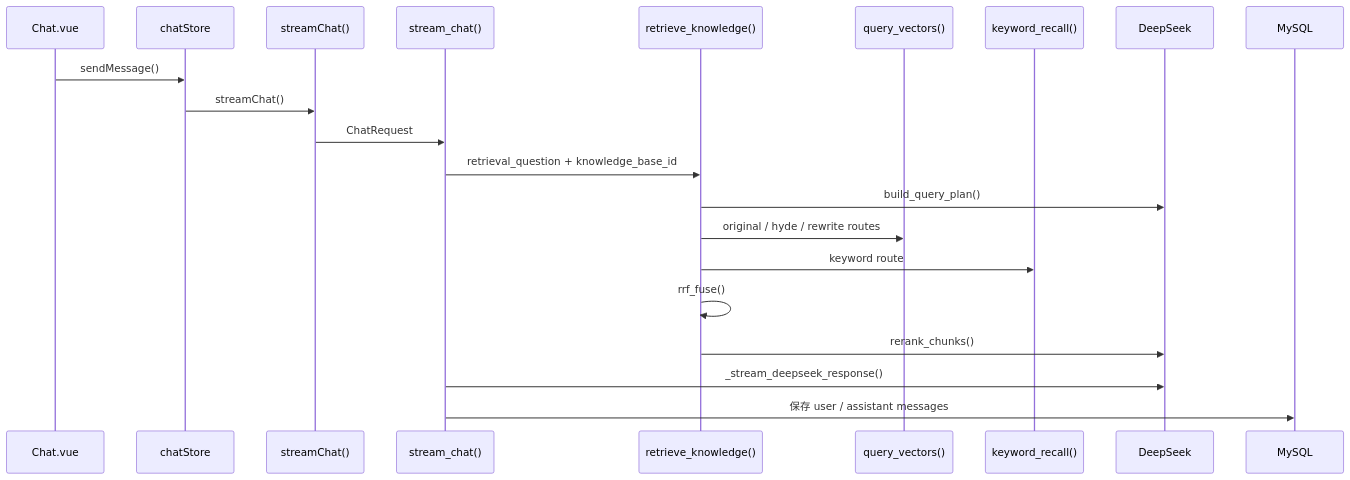
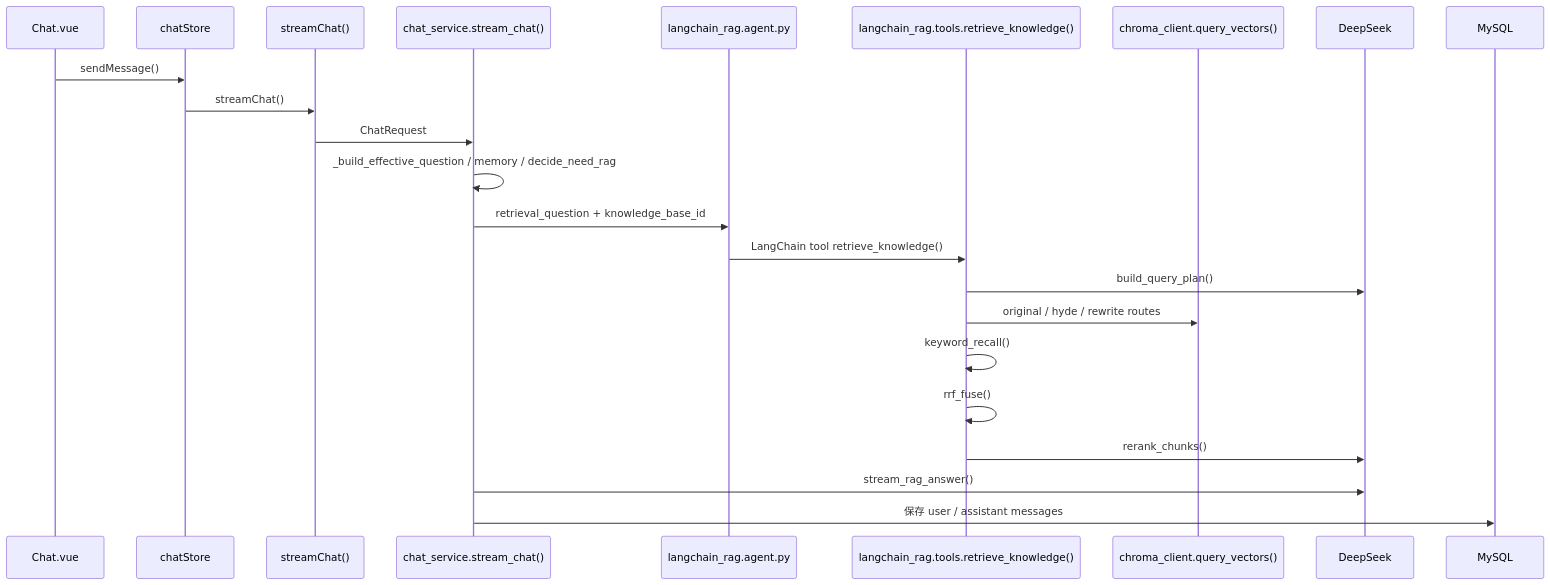
Before and after one commit to baiye-banned/Agent_about_answer: the eighth of 10 diagrams in docs/PROJECT_CODE_READING_ROADMAP.md, drawn with Mermaid. The commit also changed other lines of this file and 53 other files, not shown here.

````diff
--- a/docs/PROJECT_CODE_READING_ROADMAP.md
+++ b/docs/PROJECT_CODE_READING_ROADMAP.md
@@ -494,24 +497,26 @@
 ```mermaid
 sequenceDiagram
   participant C as Chat.vue
   participant Store as chatStore
   participant API as streamChat()
-  participant B as stream_chat()
-  participant R as retrieve_knowledge()
-  participant V as query_vectors()
-  participant K as keyword_recall()
+  participant B as chat_service.stream_chat()
+  participant A as langchain_rag.agent.py
+  participant R as langchain_rag.tools.retrieve_knowledge()
+  participant V as chroma_client.query_vectors()
   participant L as DeepSeek
   participant DB as MySQL
 
   C->>Store: sendMessage()
   Store->>API: streamChat()
   API->>B: ChatRequest
-  B->>R: retrieval_question + knowledge_base_id
+  B->>B: _build_effective_question / memory / decide_need_rag
+  B->>A: retrieval_question + knowledge_base_id
+  A->>R: LangChain tool retrieve_knowledge()
   R->>L: build_query_plan()
   R->>V: original / hyde / rewrite routes
-  R->>K: keyword route
+  R->>R: keyword_recall()
   R->>R: rrf_fuse()
   R->>L: rerank_chunks()
-  B->>L: _stream_deepseek_response()
+  B->>L: stream_rag_answer()
   B->>DB: 保存 user / assistant messages
 ```
````
